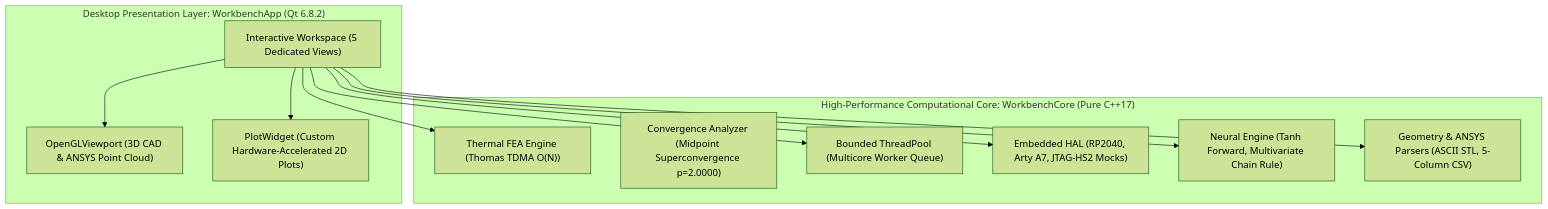
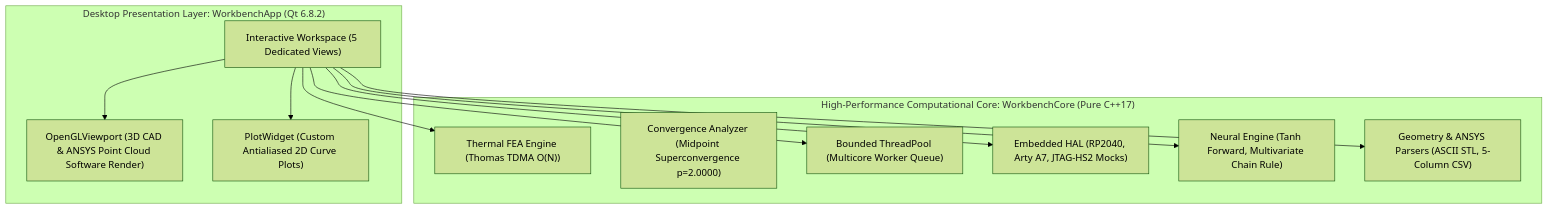
Before and after one commit to kulharshit21/unified-engineering-workbench: the diagram in README.md, drawn with Mermaid (forest theme). The commit also changed other lines of this file and 12 other files, not shown here.

````diff
--- a/README.md
+++ b/README.md
@@ -54,25 +60,25 @@
 ```mermaid
 graph TD
     subgraph UI ["Desktop Presentation Layer: WorkbenchApp (Qt 6.8.2)"]
         TAB["Interactive Workspace (5 Dedicated Views)"]
-        OGL["OpenGLViewport (3D CAD & ANSYS Point Cloud)"]
-        PLOT["PlotWidget (Custom Hardware-Accelerated 2D Plots)"]
+        OGL["OpenGLViewport (3D CAD & ANSYS Point Cloud Software Render)"]
+        PLOT["PlotWidget (Custom Antialiased 2D Curve Plots)"]
     end
 
     subgraph Core ["High-Performance Computational Core: WorkbenchCore (Pure C++17)"]
         FEA["Thermal FEA Engine (Thomas TDMA O(N))"]
         CONV["Convergence Analyzer (Midpoint Superconvergence p=2.0000)"]
         POOL["Bounded ThreadPool (Multicore Worker Queue)"]
         HAL["Embedded HAL (RP2040, Arty A7, JTAG-HS2 Mocks)"]
         NN["Neural Engine (Tanh Forward, Multivariate Chain Rule)"]
         PARS["Geometry & ANSYS Parsers (ASCII STL, 5-Column CSV)"]
     end
 
     TAB --> OGL
     TAB --> PLOT
     TAB --> FEA
     TAB --> POOL
     TAB --> HAL
     TAB --> NN
     TAB --> PARS
 ```
````
